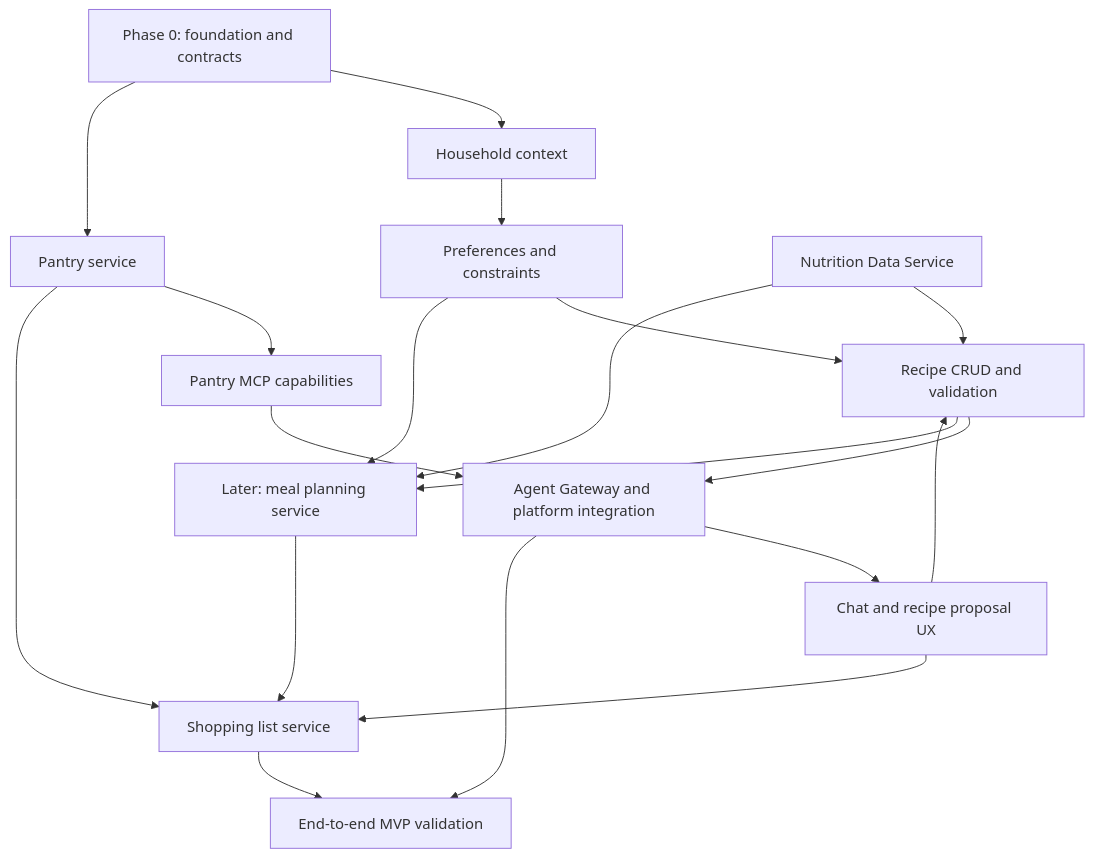
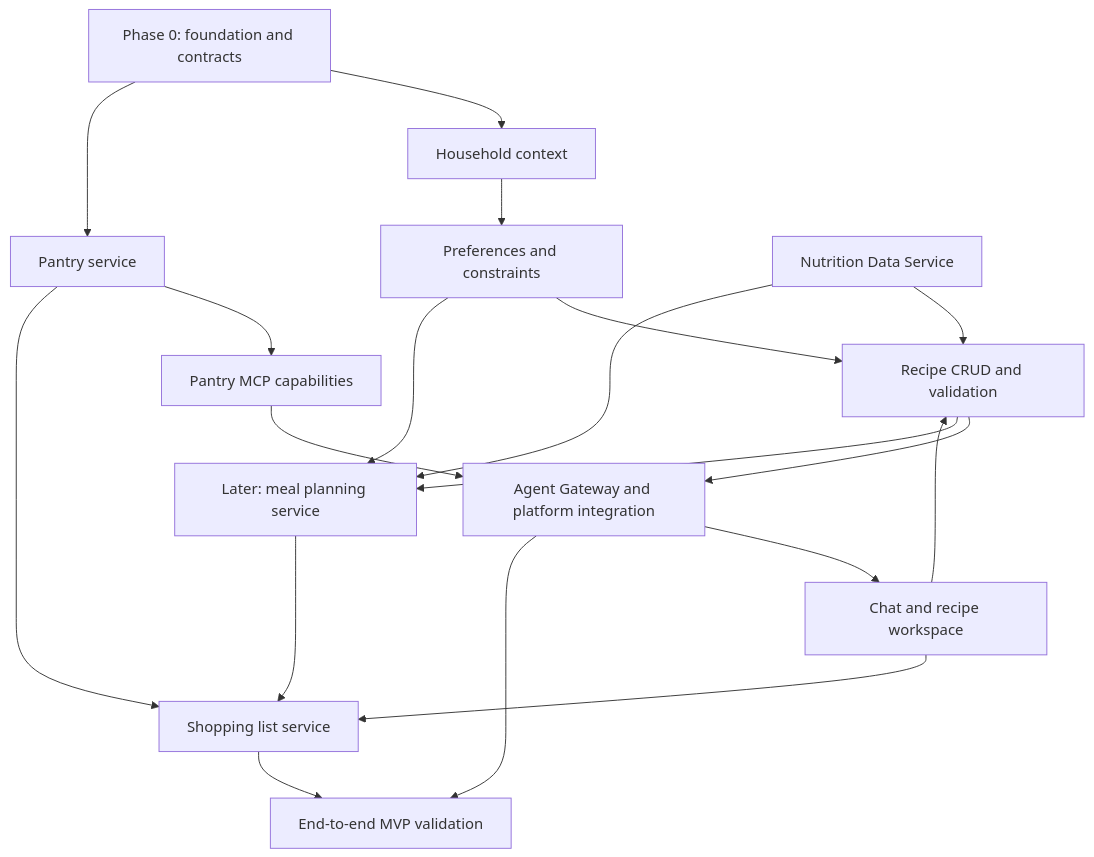
The second of 2 diagrams in docs/mvp-delivery-plan.md (pale-glyph/dinner), drawn with Mermaid before and after one commit. The commit also changed other lines of this file and 16 other files, not shown here.

````diff
--- a/docs/mvp-delivery-plan.md
+++ b/docs/mvp-delivery-plan.md
@@ -193,22 +193,22 @@
 ```mermaid
 flowchart TD
     Foundation[Phase 0: foundation and contracts]
     Foundation --> Household[Household context]
     Foundation --> Pantry[Pantry service]
     Household --> Preferences[Preferences and constraints]
     Pantry --> PantryMCP[Pantry MCP capabilities]
     Preferences --> Recipe[Recipe CRUD and validation]
     PantryMCP --> Agent[Agent Gateway and platform integration]
     Recipe --> Agent
     Nutrition[Nutrition Data Service] --> Recipe
-    Agent --> Chat[Chat and recipe proposal UX]
+    Agent --> Chat[Chat and recipe workspace]
     Chat --> Recipe
     Recipe --> Meal[Later: meal planning service]
     Preferences --> Meal
     Nutrition --> Meal
     Meal --> Shopping[Shopping list service]
     Pantry --> Shopping
     Chat --> Shopping
     Shopping --> E2E[End-to-end MVP validation]
     Agent --> E2E
 ```
````
